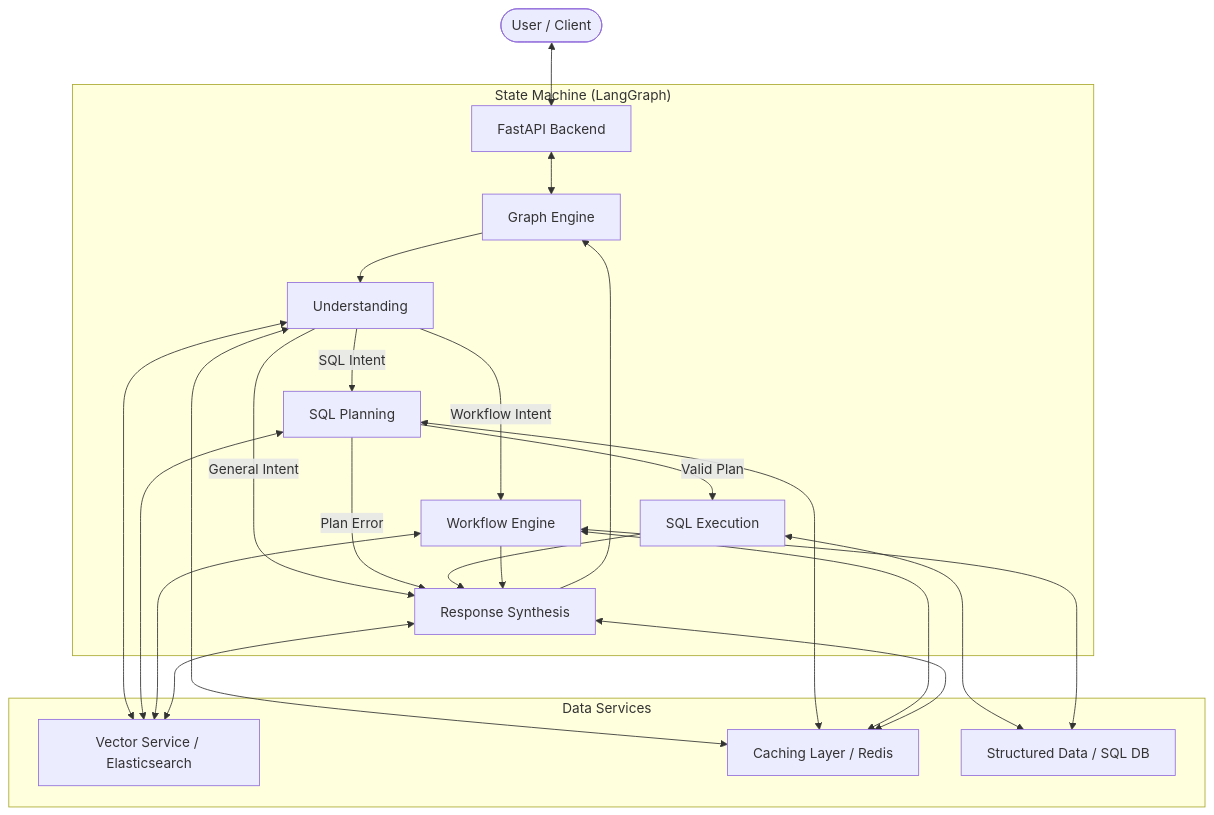
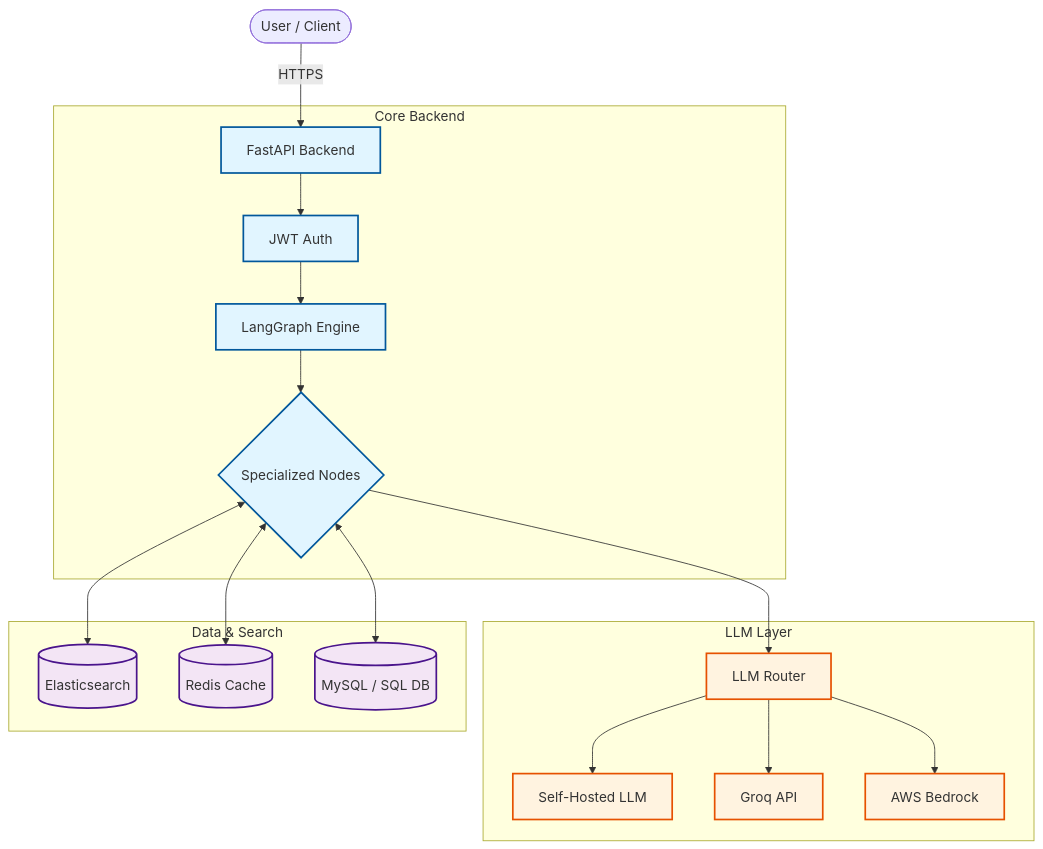
Before and after one commit to deepakraaaj/ChatBot: the first of 2 diagrams in README.md, drawn with Mermaid. The commit also changed other lines of this file, not shown here.

Commit message:
docs: Enhance README with diagrams, metrics, and competitive analysis

````diff
--- a/README.md
+++ b/README.md
@@ -19,23 +7,31 @@
 ```mermaid
-graph TD
-    User([User / Client]) <--> API[FastAPI Backend]
+graph TB
+    User([User / Client]) -->|HTTPS| FastAPI[FastAPI Backend]
     
-    subgraph "State Machine (LangGraph)"
-        API <--> Engine[Graph Engine]
-        Engine --> U[Understanding]
-        U -- SQL Intent --> P[SQL Planning]
-        P -- Valid Plan --> E[SQL Execution]
-        U -- Workflow Intent --> W[Workflow Engine]
-        U -- General Intent --> R[Response Synthesis]
-        P -- Plan Error --> R
-        E --> R
-        W --> R
-        R --> Engine
+    subgraph "Core Backend"
+        FastAPI --> Auth[JWT Auth]
+        Auth --> Graph[LangGraph Engine]
+        Graph --> Nodes{Specialized Nodes}
     end
     
-    subgraph "Data Services"
-        U & P & W & R <--> Vector[Vector Service / Elasticsearch]
-        U & P & W & R <--> Cache[Caching Layer / Redis]
-        E & W <--> DB[Structured Data / SQL DB]
+    subgraph "LLM Layer"
+        Nodes --> Router[LLM Router]
+        Router --> SelfHosted[Self-Hosted LLM]
+        Router --> Groq[Groq API]
+        Router --> Bedrock[AWS Bedrock]
     end
+    
+    subgraph "Data & Search"
+        Nodes <--> ES[(Elasticsearch)]
+        Nodes <--> Redis[(Redis Cache)]
+        Nodes <--> DB[(MySQL / SQL DB)]
+    end
+    
+    classDef core fill:#e1f5ff,stroke:#01579b,stroke-width:2px;
+    classDef llm fill:#fff3e0,stroke:#e65100,stroke-width:2px;
+    classDef data fill:#f3e5f5,stroke:#4a148c,stroke-width:2px;
+    
+    class FastAPI,Auth,Graph,Nodes core;
+    class Router,SelfHosted,Groq,Bedrock llm;
+    class ES,Redis,DB data;
 ```
````
